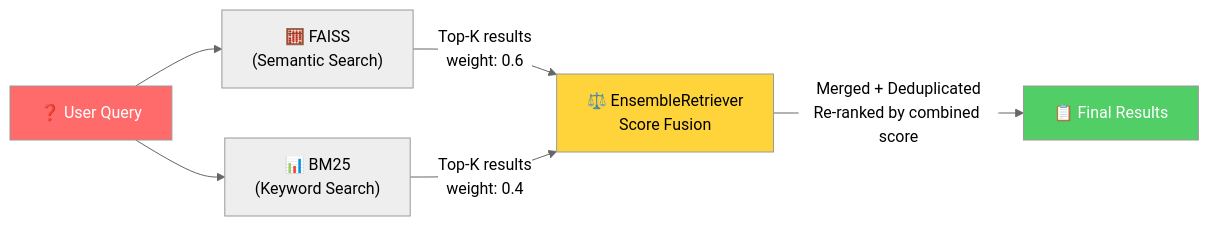
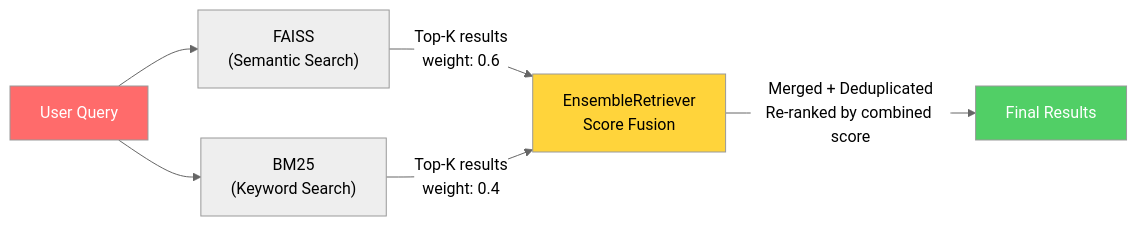
Before and after one commit to killjoycircuit/rag: the first of 16 diagrams in README.md, drawn with Mermaid (neutral theme). The commit also changed other lines of this file, not shown here.

````diff
--- a/README.md
+++ b/README.md
@@ -24,14 +24,14 @@
 ```mermaid
 graph LR
-    Q["❓ User Query"] --> F["🧮 FAISS<br/>(Semantic Search)"]
-    Q --> B["📊 BM25<br/>(Keyword Search)"]
+    Q["User Query"] --> F["FAISS<br/>(Semantic Search)"]
+    Q --> B["BM25<br/>(Keyword Search)"]
     
-    F -->|"Top-K results<br/>weight: 0.6"| E["⚖️ EnsembleRetriever<br/>Score Fusion"]
+    F -->|"Top-K results<br/>weight: 0.6"| E["EnsembleRetriever<br/>Score Fusion"]
     B -->|"Top-K results<br/>weight: 0.4"| E
     
-    E -->|"Merged + Deduplicated<br/>Re-ranked by combined score"| R["📋 Final Results"]
+    E -->|"Merged + Deduplicated<br/>Re-ranked by combined score"| R["Final Results"]
 
     style Q fill:#ff6b6b,color:#fff
     style E fill:#ffd43b,color:#000
     style R fill:#51cf66,color:#fff
 ```
````
